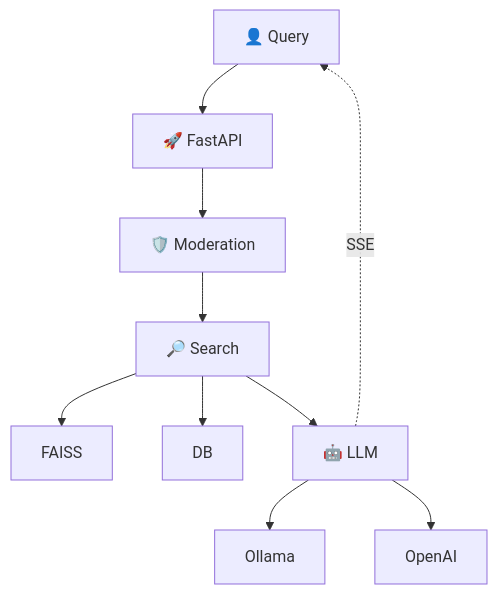
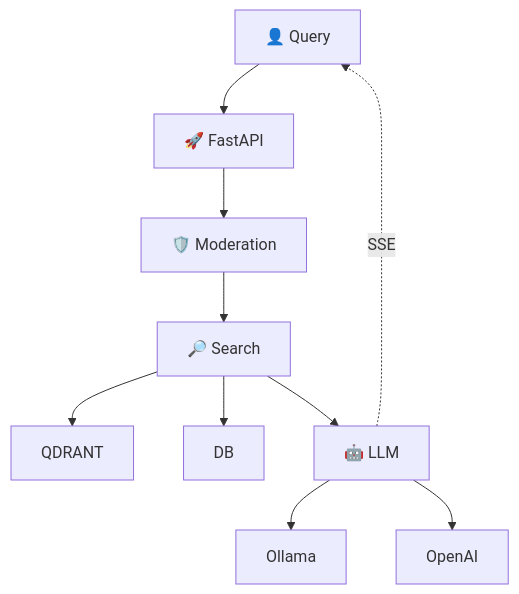
The third of 3 diagrams in architecture.md (oscarthedev15/crypto-news-analyst), drawn with Mermaid before and after one commit. The commit also changed other lines of this file and 2 other files, not shown here.

Commit message:
documentation: replaced faiss with qdrant

````diff
--- a/architecture.md
+++ b/architecture.md
@@ -60,10 +60,10 @@
 ```mermaid
 flowchart TB
     USER[👤 Query] --> API[🚀 FastAPI]
     API --> MOD[🛡️ Moderation]
     MOD --> SEARCH[🔎 Search]
-    SEARCH --> FAISS & DB
+    SEARCH --> QDRANT & DB
     SEARCH --> LLM[🤖 LLM]
     LLM --> OLLAMA[Ollama] & OPENAI[OpenAI]
     LLM -.->|SSE| USER
 ```
````
